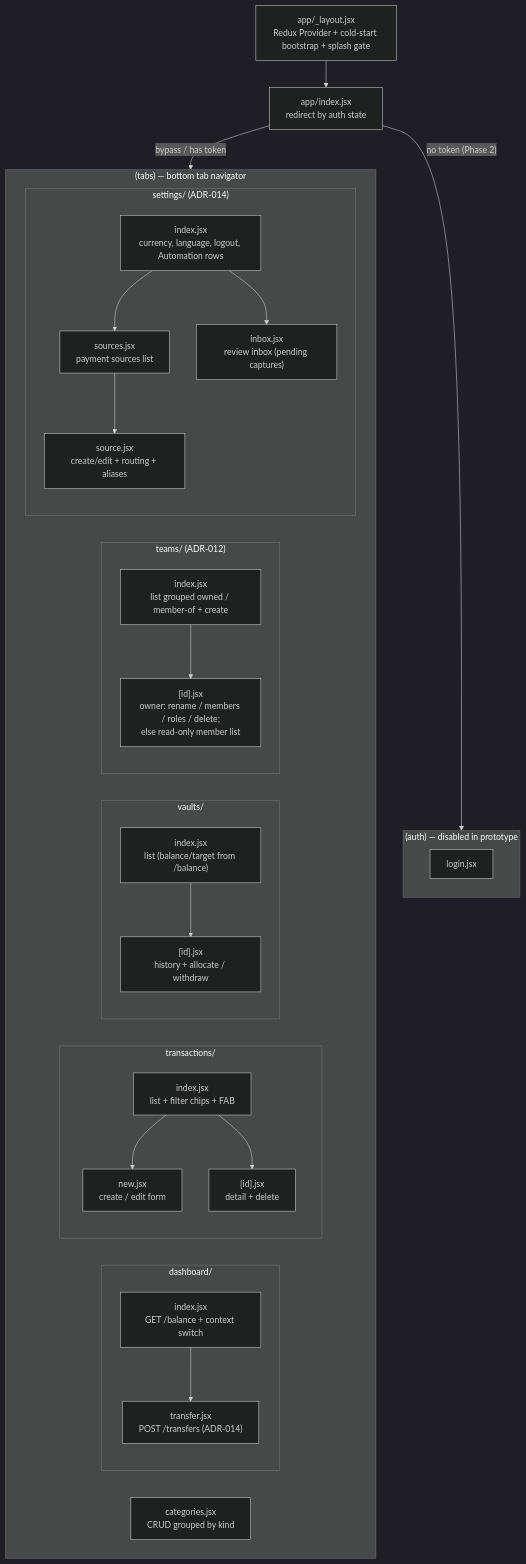
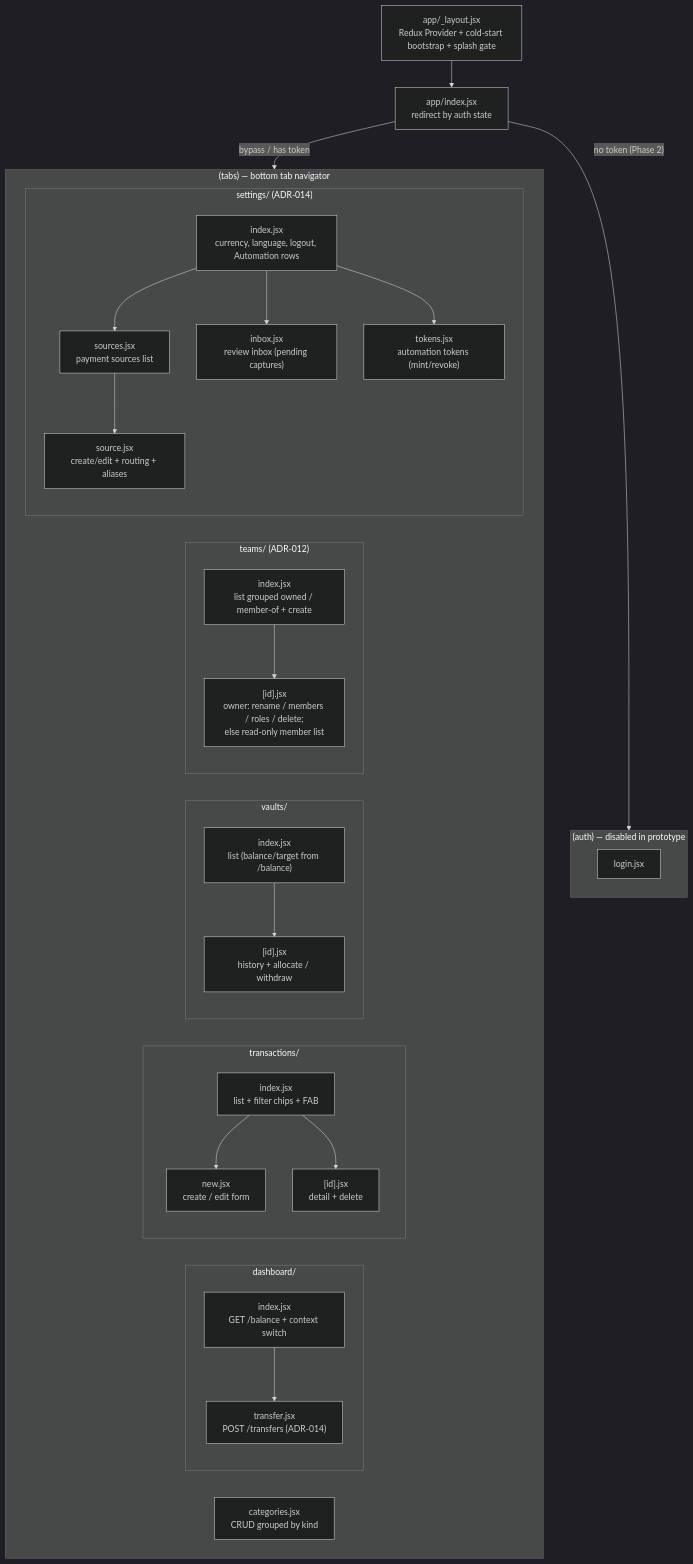
Before and after one commit to JayroGG/balance-manager: the first of 3 diagrams in ARCHITECTURE.md, drawn with Mermaid (dark theme). The commit also changed other lines of this file and 11 other files, not shown here.

First line of the commit message:
feat: automation-tokens screen — mint / list / revoke ingest keys in Settings

````diff
--- a/ARCHITECTURE.md
+++ b/ARCHITECTURE.md
@@ -9,48 +9,50 @@
 ```mermaid
 graph TD
   Root["app/_layout.jsx<br/>Redux Provider + cold-start bootstrap + splash gate"]
   Index["app/index.jsx<br/>redirect by auth state"]
   Root --> Index
   Index -->|"bypass / has token"| Tabs
   Index -->|"no token (Phase 2)"| Auth
 
   subgraph Auth["(auth) — disabled in prototype"]
     Login["login.jsx"]
   end
 
   subgraph Tabs["(tabs) — bottom tab navigator"]
     subgraph Dashboard["dashboard/"]
       Dash["index.jsx<br/>GET /balance + context switch"]
       Transfer["transfer.jsx<br/>POST /transfers (ADR-014)"]
     end
     subgraph Tx["transactions/"]
       TxList["index.jsx<br/>list + filter chips + FAB"]
       TxNew["new.jsx<br/>create / edit form"]
       TxDetail["[id].jsx<br/>detail + delete"]
     end
     subgraph Vaults["vaults/"]
       VList["index.jsx<br/>list (balance/target from /balance)"]
       VDetail["[id].jsx<br/>history + allocate / withdraw"]
     end
     Cats["categories.jsx<br/>CRUD grouped by kind"]
     subgraph Teams["teams/ (ADR-012)"]
       TList["index.jsx<br/>list grouped owned / member-of + create"]
       TManage["[id].jsx<br/>owner: rename / members / roles / delete;<br/>else read-only member list"]
     end
     subgraph Sett["settings/ (ADR-014)"]
       SIndex["index.jsx<br/>currency, language, logout, Automation rows"]
       SSources["sources.jsx<br/>payment sources list"]
       SSource["source.jsx<br/>create/edit + routing + aliases"]
       SInbox["inbox.jsx<br/>review inbox (pending captures)"]
+      STokens["tokens.jsx<br/>automation tokens (mint/revoke)"]
     end
   end
 
   Dash --> Transfer
   TxList --> TxNew
   TxList --> TxDetail
   VList --> VDetail
   TList --> TManage
   SIndex --> SSources
   SSources --> SSource
   SIndex --> SInbox
+  SIndex --> STokens
 ```
````
